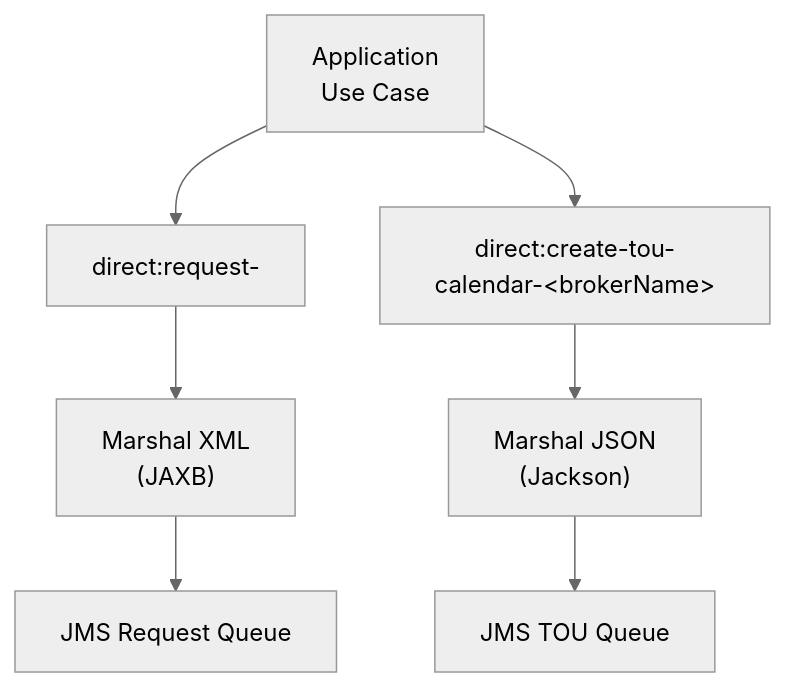
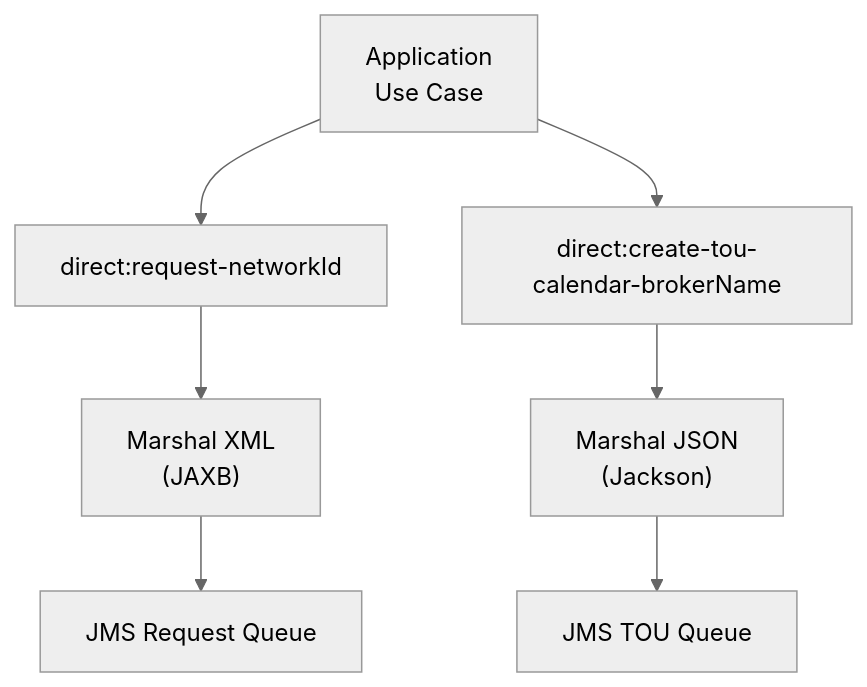
Before and after one commit to sbhrwl/microservices: the first of 7 diagrams in enterprise-integration/app/basics/iec_connector_camel_routes/README.md, drawn with Mermaid (neutral theme).

Commit message:
Fix formatting in README for Camel routes

````diff
--- a/enterprise-integration/app/basics/iec_connector_camel_routes/README.md
+++ b/enterprise-integration/app/basics/iec_connector_camel_routes/README.md
@@ -51,22 +51,22 @@
 ```mermaid
 flowchart TB
 
     App["Application<br/>Use Case"]
 
-    Direct1["direct:request-<networkId>"]
+    Direct1["direct:request-networkId"]
     Xml["Marshal XML<br/>(JAXB)"]
     Queue1["JMS Request Queue"]
 
-    Direct2["direct:create-tou-calendar-&lt;brokerName&gt;"]
+    Direct2["direct:create-tou-calendar-brokerName"]
     Json["Marshal JSON<br/>(Jackson)"]
     Queue2["JMS TOU Queue"]
 
     App --> Direct1
     App --> Direct2
 
     Direct1 --> Xml
     Xml --> Queue1
 
     Direct2 --> Json
     Json --> Queue2
 ```
````
